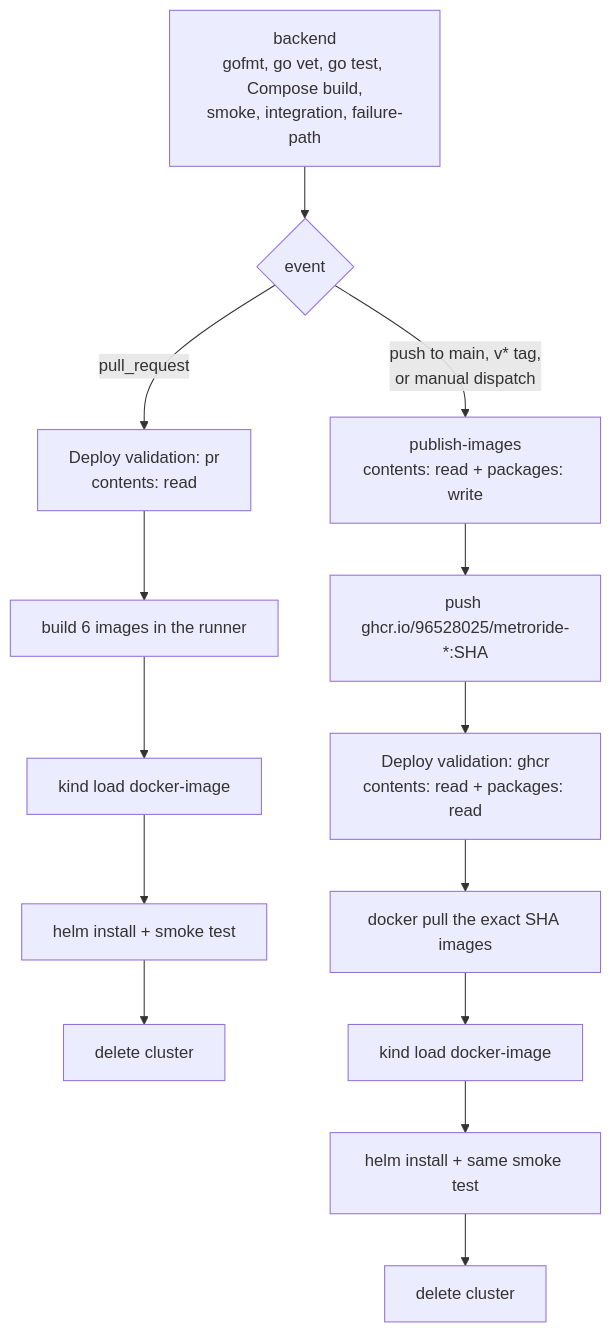
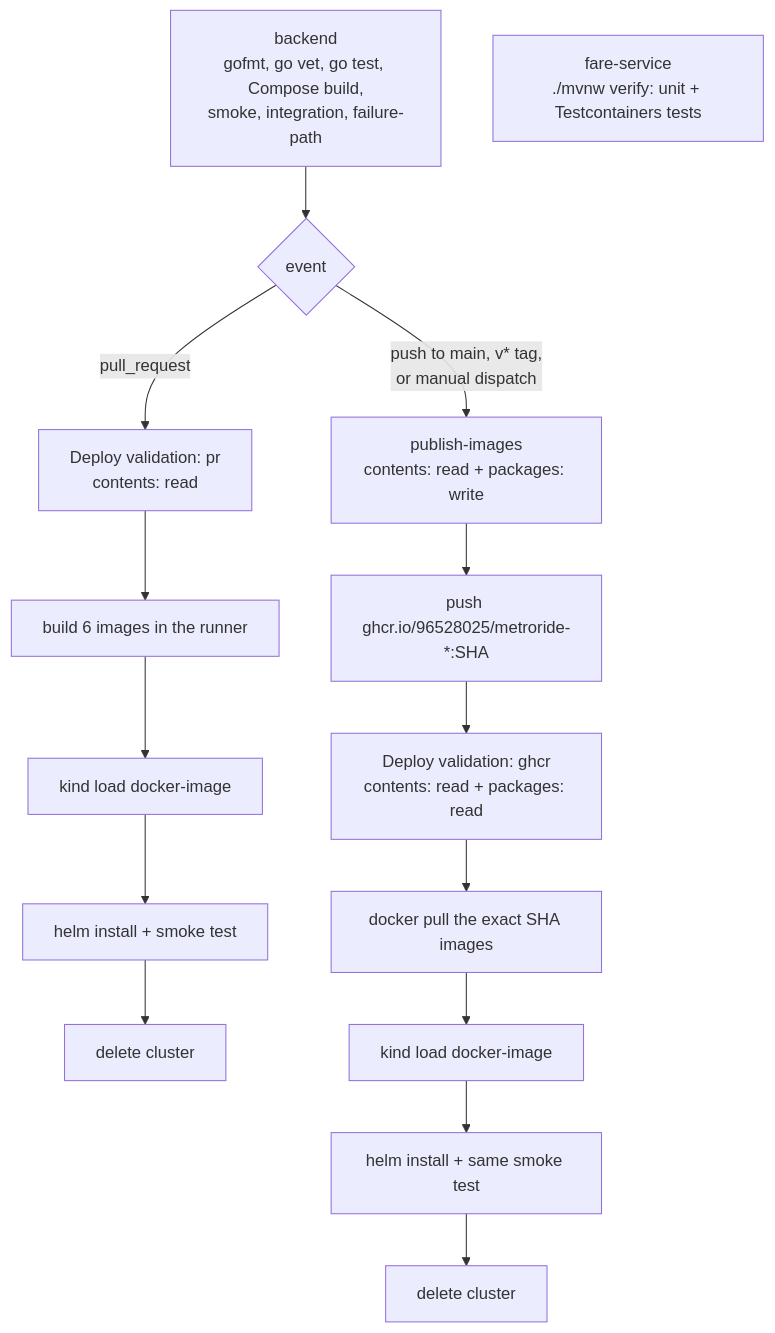
The diagram in docs/cicd.md (96528025/MetroRide), drawn with Mermaid before and after one commit. The commit also changed other lines of this file and 43 other files, not shown here.

First line of the commit message:
feat: add fare-service skeleton consuming ride assignments (#9)

````diff
--- a/docs/cicd.md
+++ b/docs/cicd.md
@@ -23,18 +23,19 @@
 ```mermaid
 flowchart TD
     A[backend<br/>gofmt, go vet, go test, Compose build,<br/>smoke, integration, failure-path] --> B{event}
+    F[fare-service<br/>./mvnw verify: unit + Testcontainers tests]
 
     B -->|pull_request| C[Deploy validation: pr<br/>contents: read]
     C --> C1[build 6 images in the runner]
     C1 --> C2[kind load docker-image]
     C2 --> C3[helm install + smoke test]
     C3 --> C4[delete cluster]
 
     B -->|push to main, v* tag,<br/>or manual dispatch| D[publish-images<br/>contents: read + packages: write]
     D --> D1[push ghcr.io/96528025/metroride-*:SHA]
     D1 --> E[Deploy validation: ghcr<br/>contents: read + packages: read]
     E --> E1[docker pull the exact SHA images]
     E1 --> E2[kind load docker-image]
     E2 --> E3[helm install + same smoke test]
     E3 --> E4[delete cluster]
 ```
````
